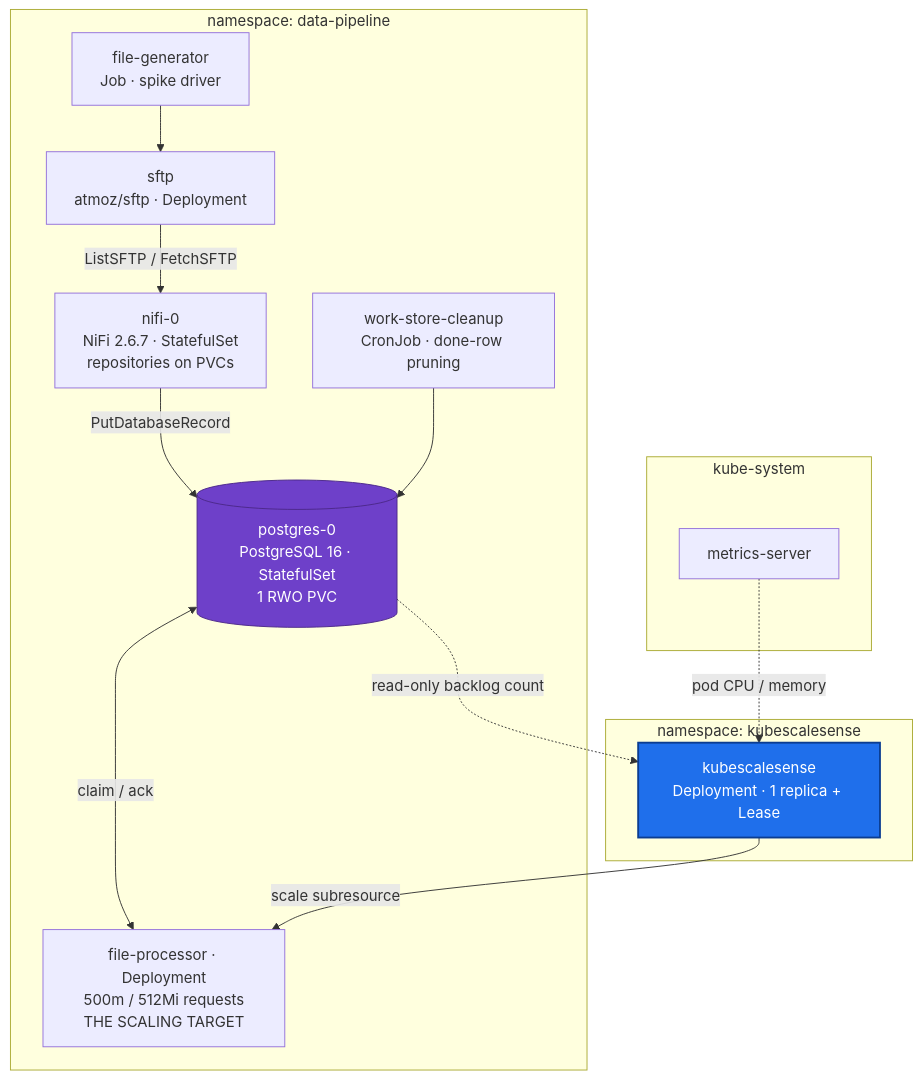
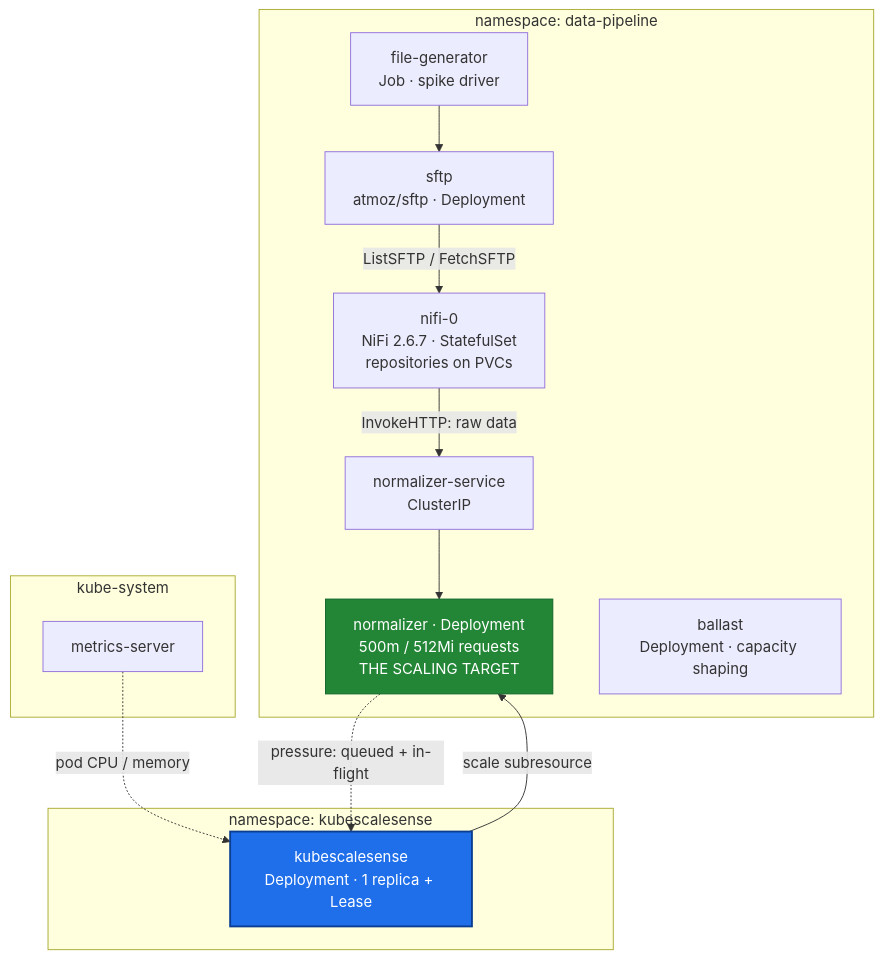
Before and after one commit to jensilin/KubeScaleSense: the seventh of 7 diagrams in docs/architecture.md, drawn with Mermaid. The commit also changed other lines of this file and 8 other files, not shown here.

Commit message:
docs: simplify KubeScaleSense architecture

````diff
--- a/docs/architecture.md
+++ b/docs/architecture.md
@@ -1127,33 +1278,32 @@
 ```mermaid
 flowchart TB
     subgraph N1["namespace: data-pipeline"]
         SFTP["sftp<br/>atmoz/sftp · Deployment"]
         NIFI["nifi-0<br/>NiFi 2.6.7 · StatefulSet<br/>repositories on PVCs"]
-        PG[("postgres-0<br/>PostgreSQL 16 · StatefulSet<br/>1 RWO PVC")]
-        PROC["file-processor · Deployment<br/>500m / 512Mi requests<br/>THE SCALING TARGET"]
-        CLEAN["work-store-cleanup<br/>CronJob · done-row pruning"]
+        SVC["normalizer-service<br/>ClusterIP"]
+        NORM["normalizer · Deployment<br/>500m / 512Mi requests<br/>THE SCALING TARGET"]
         GEN["file-generator<br/>Job · spike driver"]
+        BAL["ballast<br/>Deployment · capacity shaping"]
     end
 
     subgraph N2["namespace: kubescalesense"]
         KSS["kubescalesense<br/>Deployment · 1 replica + Lease"]
     end
 
     subgraph N3["kube-system"]
         MS["metrics-server"]
     end
 
     GEN --> SFTP
     SFTP -->|ListSFTP / FetchSFTP| NIFI
-    NIFI -->|PutDatabaseRecord| PG
-    PG <-->|"claim / ack"| PROC
-    CLEAN --> PG
-    PG -.->|"read-only backlog count"| KSS
+    NIFI -->|"InvokeHTTP: raw data"| SVC
+    SVC --> NORM
+    NORM -.->|"pressure: queued + in-flight"| KSS
     MS -.->|"pod CPU / memory"| KSS
-    KSS -->|"scale subresource"| PROC
+    KSS -->|"scale subresource"| NORM
 
     classDef ctrl fill:#1f6feb,color:#fff,stroke:#0b3d91,stroke-width:2px
-    classDef store fill:#6e40c9,color:#fff,stroke:#4c2889
+    classDef target fill:#238636,color:#fff,stroke:#116329
     class KSS ctrl
-    class PG store
+    class NORM target
 ```
````
